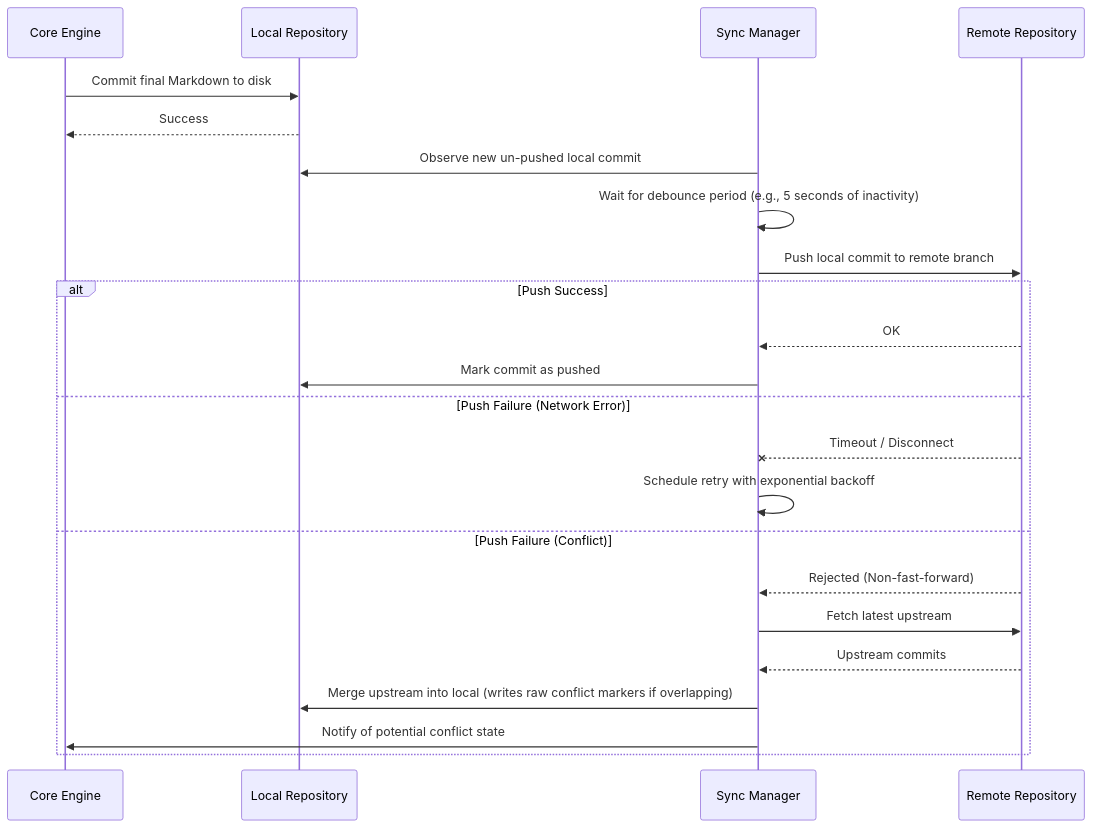
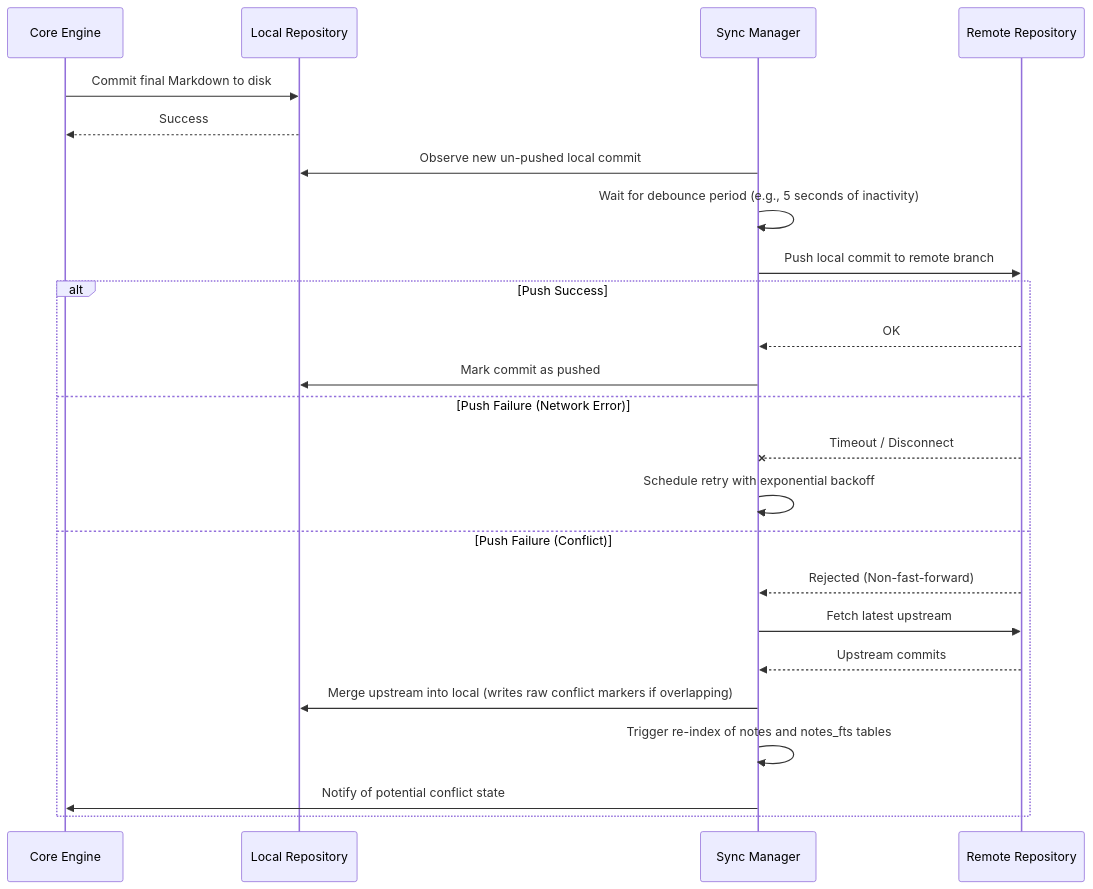
Before and after one commit to SkrOYC/burlmd: the diagram in .constitution/architecture/flows/flow-sync-push.md, drawn with Mermaid. The commit also changed 3 other files, not shown here.

Commit message:
Fix PR review findings (Round 7): add drafts table and resilience OCC mitigation, trigger FTS5 re-index in sync flow, add workspace_id to NoteMetadata, add directories table, add PKCE verifier to authenticate_workspace, add local_path to workspaces

````diff
--- a/.constitution/architecture/flows/flow-sync-push.md
+++ b/.constitution/architecture/flows/flow-sync-push.md
@@ -5,28 +5,29 @@
 ```mermaid
 sequenceDiagram
     participant Core as Core Engine
     participant Local as Local Repository
     participant Sync as Sync Manager
     participant Remote as Remote Repository
 
     Core->>Local: Commit final Markdown to disk
     Local-->>Core: Success
     
     Sync->>Local: Observe new un-pushed local commit
     Sync->>Sync: Wait for debounce period (e.g., 5 seconds of inactivity)
     
     Sync->>Remote: Push local commit to remote branch
     alt Push Success
         Remote-->>Sync: OK
         Sync->>Local: Mark commit as pushed
     else Push Failure (Network Error)
         Remote--xSync: Timeout / Disconnect
         Sync->>Sync: Schedule retry with exponential backoff
     else Push Failure (Conflict)
         Remote-->>Sync: Rejected (Non-fast-forward)
         Sync->>Remote: Fetch latest upstream
         Remote-->>Sync: Upstream commits
         Sync->>Local: Merge upstream into local (writes raw conflict markers if overlapping)
+        Sync->>Sync: Trigger re-index of notes and notes_fts tables
         Sync->>Core: Notify of potential conflict state
     end
 ```
````
